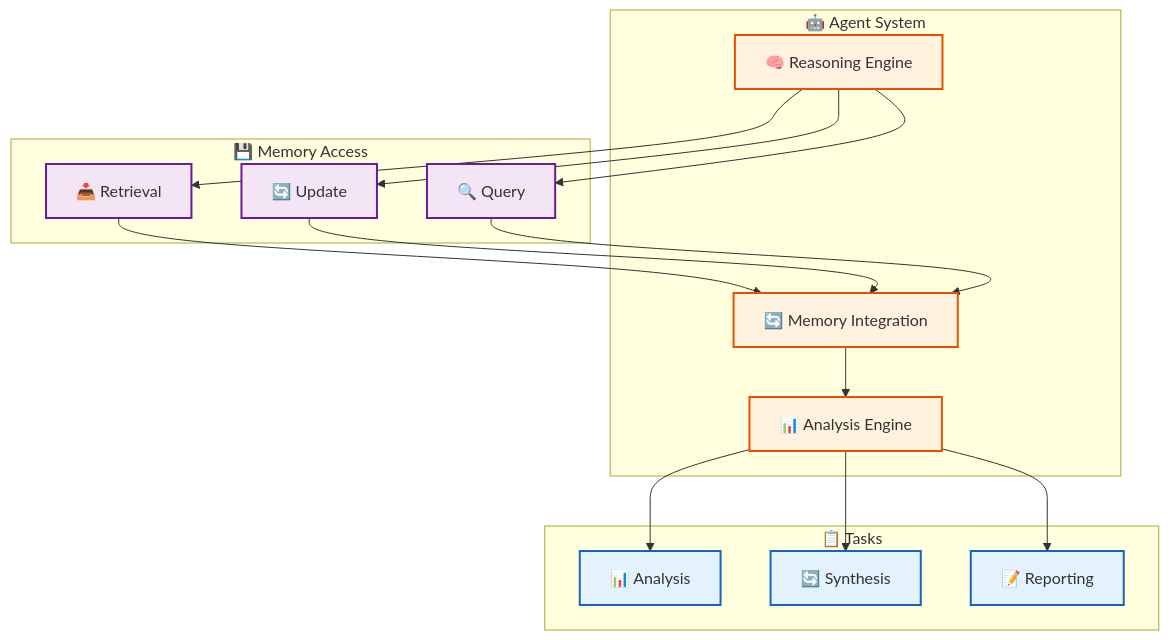
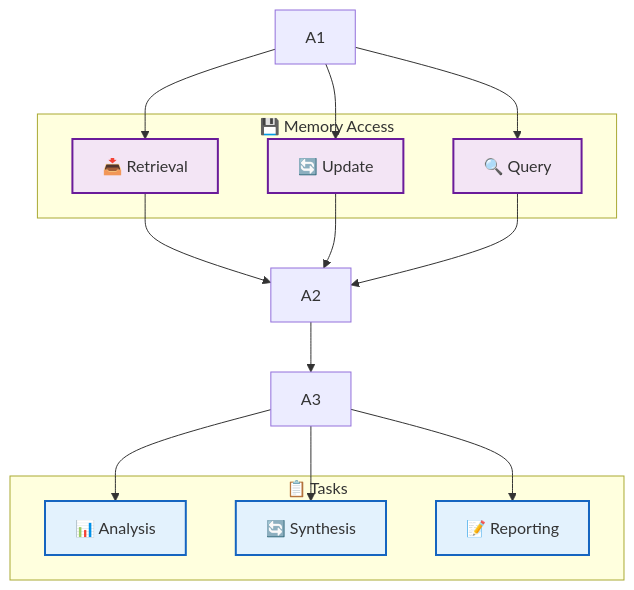
One commit to Vortx-AI/memories-dev changed the third of 6 diagrams in README.md. Above: the diagram before and after it, drawn with Mermaid. The commit also changed other lines of this file and 40 other files, not shown here.

````diff
--- a/README.md
+++ b/README.md
@@ -372,34 +367,29 @@
 ```mermaid
 graph TD
     %% Node Styles
-    classDef agent fill:#fff3e0,stroke:#e65100,stroke-width:2px
+    
     classDef memory fill:#f3e5f5,stroke:#6a1b9a,stroke-width:2px
     classDef task fill:#e3f2fd,stroke:#1565c0,stroke-width:2px
 
-    %% Agent Components
-    subgraph "🤖 Agent System"
-        A1["🧠 Reasoning Engine"]:::agent
-        A2["🔄 Memory Integration"]:::agent
-        A3["📊 Analysis Engine"]:::agent
-    end
+   
 
     %% Memory Access
     subgraph "💾 Memory Access"
         M1["📥 Retrieval"]:::memory
         M2["🔄 Update"]:::memory
         M3["🔍 Query"]:::memory
     end
 
     %% Task Processing
     subgraph "📋 Tasks"
         T1["📊 Analysis"]:::task
         T2["🔄 Synthesis"]:::task
         T3["📝 Reporting"]:::task
     end
 
     %% Connections
     A1 --> M1 & M2 & M3
     M1 & M2 & M3 --> A2
     A2 --> A3
     A3 --> T1 & T2 & T3
 ```
````
